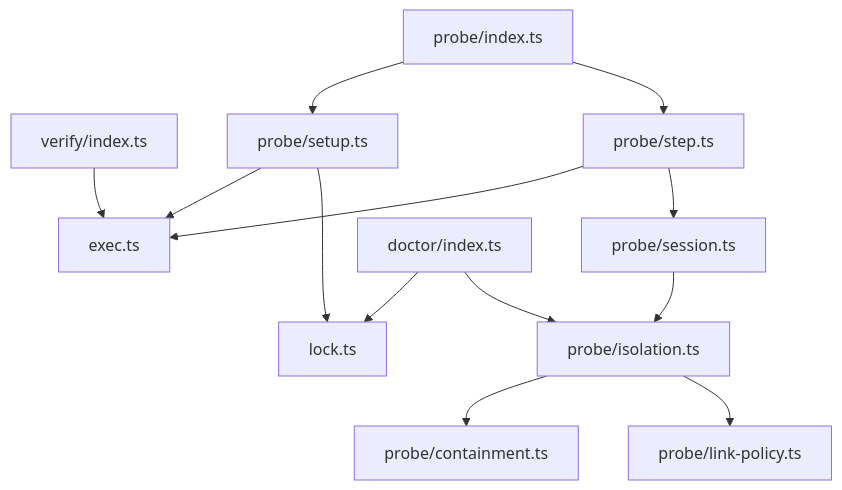
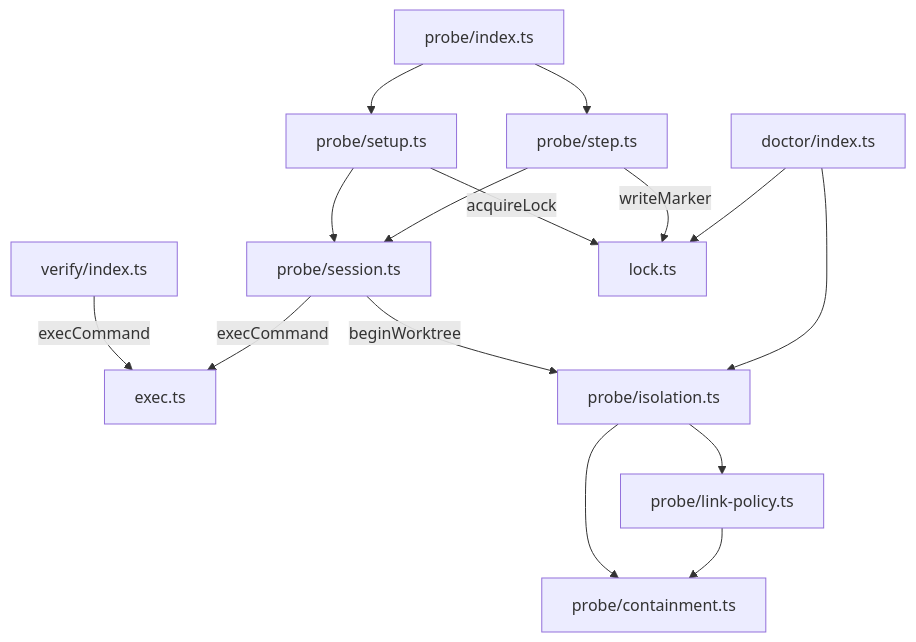
One commit to LanNguyenSi/agent-dx changed the diagram in packages/agent-primitives/README.md. Above: the diagram before and after it, drawn with Mermaid. The commit also changed other lines of this file and 1 other file, not shown here.

First line of the commit message:
docs(agent-primitives): correct probe teardown and import graph

````diff
--- a/packages/agent-primitives/README.md
+++ b/packages/agent-primitives/README.md
@@ -124,15 +130,17 @@
 ```mermaid
 flowchart TD
-  VER["verify/index.ts"] --> EXEC["exec.ts"]
+  VER["verify/index.ts"] -->|execCommand| EXEC["exec.ts"]
   PRB["probe/index.ts"] --> SET["probe/setup.ts"]
   PRB --> STP["probe/step.ts"]
-  SET --> EXEC
-  SET --> LCK["lock.ts"]
-  STP --> EXEC
-  STP --> SES["probe/session.ts"]
-  SES --> ISO["probe/isolation.ts"]
+  SET --> SES["probe/session.ts"]
+  STP --> SES
+  SET -->|acquireLock| LCK["lock.ts"]
+  STP -->|writeMarker| LCK
+  SES -->|execCommand| EXEC
+  SES -->|beginWorktree| ISO["probe/isolation.ts"]
   ISO --> CON["probe/containment.ts"]
   ISO --> LP["probe/link-policy.ts"]
+  LP --> CON
   DOC["doctor/index.ts"] --> LCK
   DOC --> ISO
 ```
````
